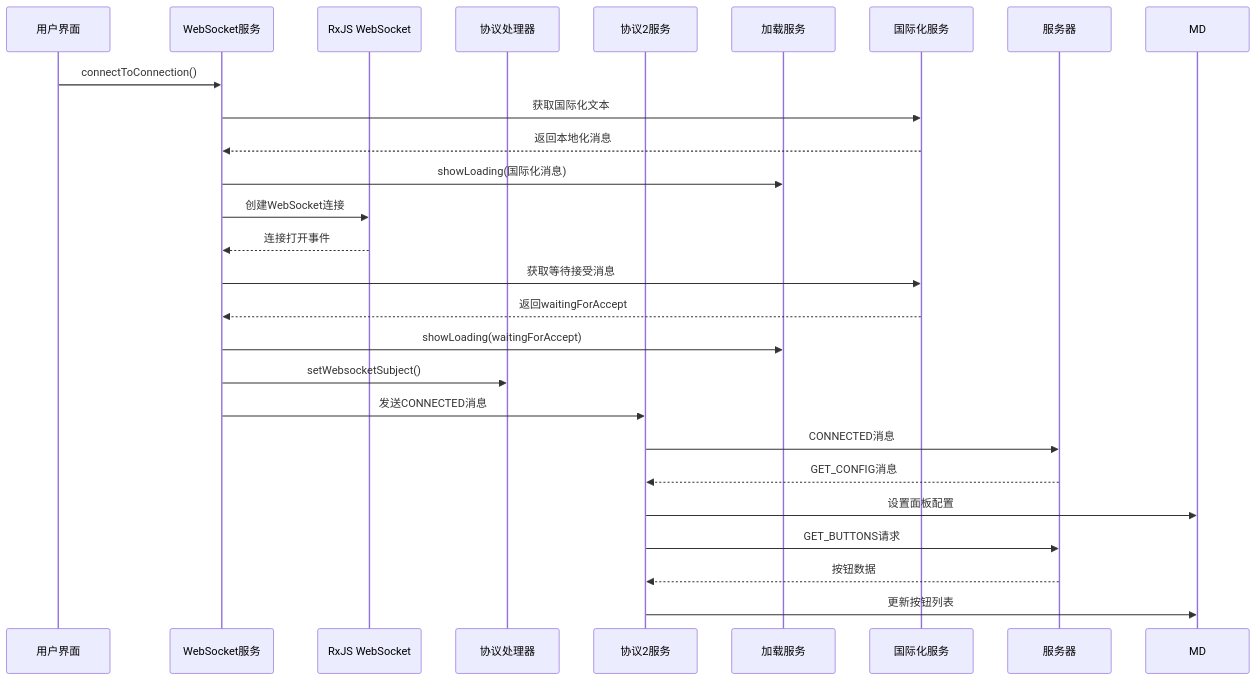
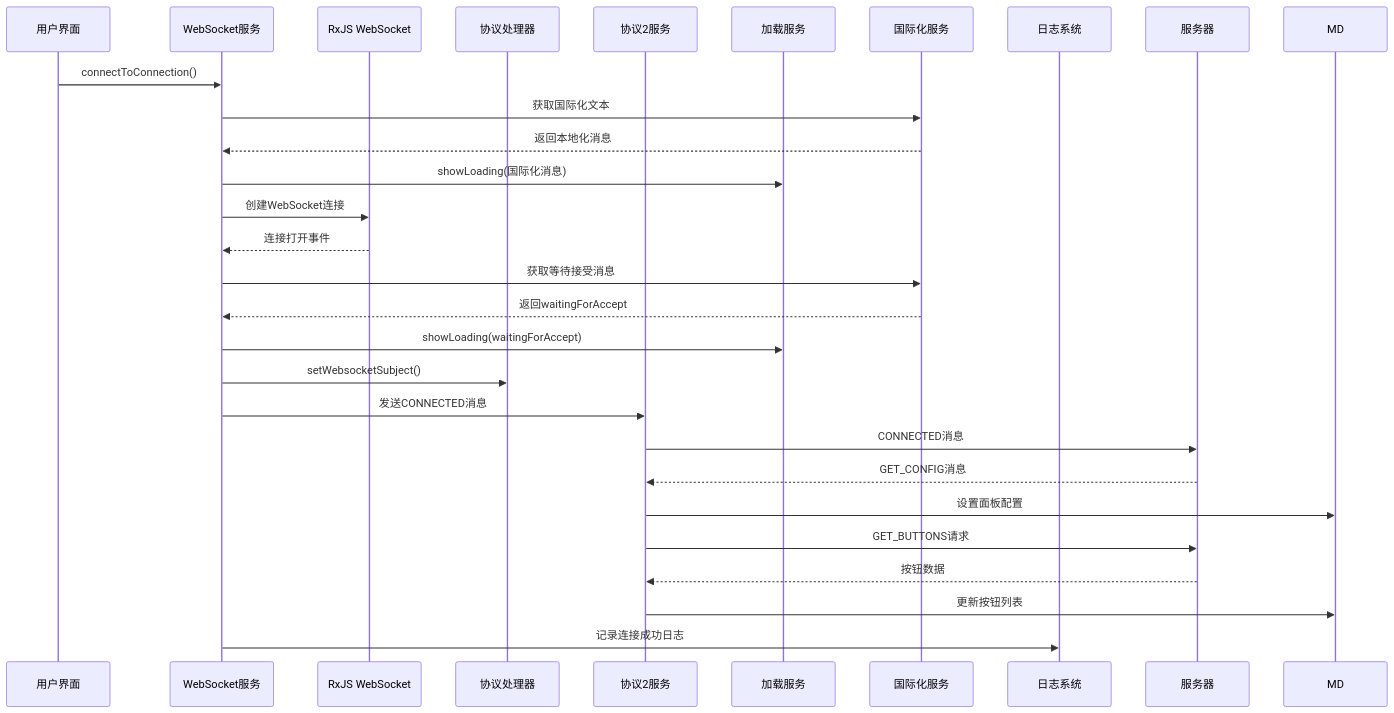
Before and after one commit to tea4go/Macro-Deck-Client-App: the third of 7 diagrams in .qoder/repowiki/zh/content/核心功能模块/WebSocket通信模块.md, drawn with Mermaid. The commit also changed other lines of this file and 45 other files, not shown here.

````diff
--- a/.qoder/repowiki/zh/content/核心功能模块/WebSocket通信模块.md
+++ b/.qoder/repowiki/zh/content/核心功能模块/WebSocket通信模块.md
@@ -277,28 +310,30 @@
 ```mermaid
 sequenceDiagram
 participant UI as 用户界面
 participant WS as WebSocket服务
 participant RS as RxJS WebSocket
 participant PH as 协议处理器
 participant P2 as 协议2服务
 participant LS as 加载服务
 participant I18N as 国际化服务
+participant LOG as 日志系统
 participant SERVER as 服务器
 UI->>WS : connectToConnection()
 WS->>I18N : 获取国际化文本
 I18N-->>WS : 返回本地化消息
 WS->>LS : showLoading(国际化消息)
 WS->>RS : 创建WebSocket连接
 RS-->>WS : 连接打开事件
 WS->>I18N : 获取等待接受消息
 I18N-->>WS : 返回waitingForAccept
 WS->>LS : showLoading(waitingForAccept)
 WS->>PH : setWebsocketSubject()
 WS->>P2 : 发送CONNECTED消息
 P2->>SERVER : CONNECTED消息
 SERVER-->>P2 : GET_CONFIG消息
 P2->>MD : 设置面板配置
 P2->>SERVER : GET_BUTTONS请求
 SERVER-->>P2 : 按钮数据
 P2->>MD : 更新按钮列表
+WS->>LOG : 记录连接成功日志
 ```
````
